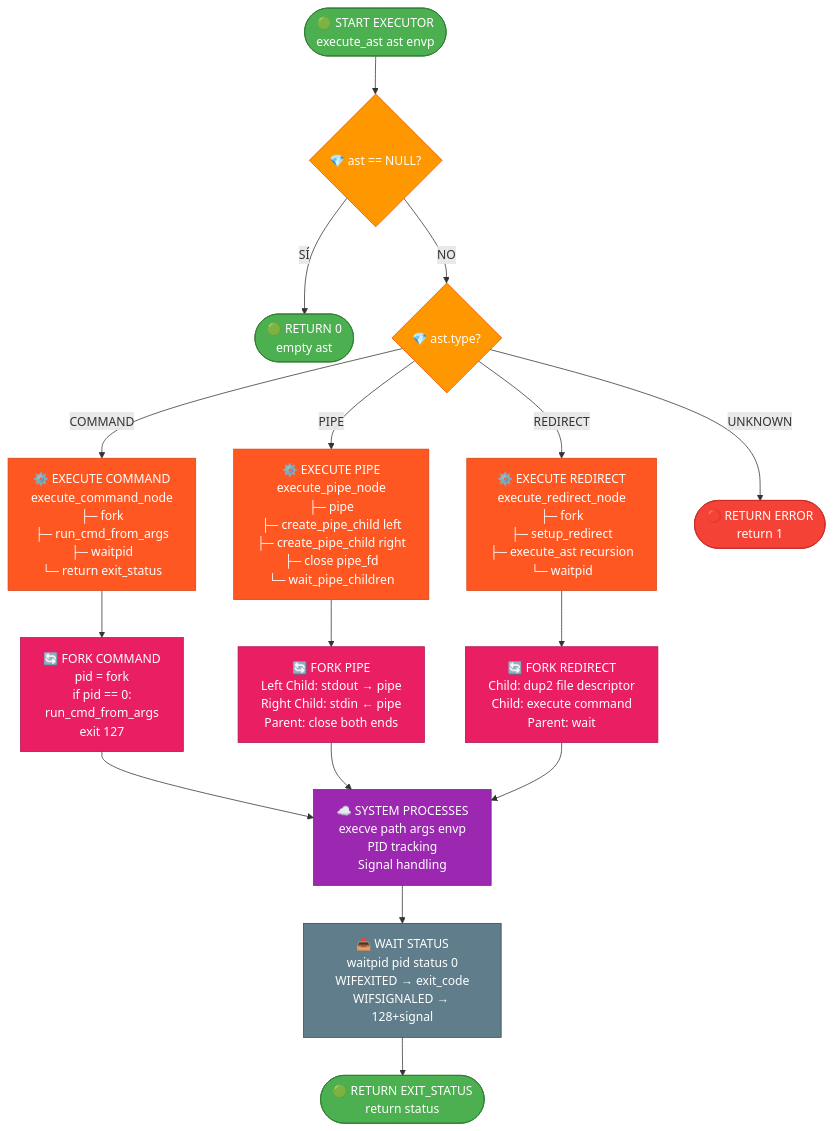
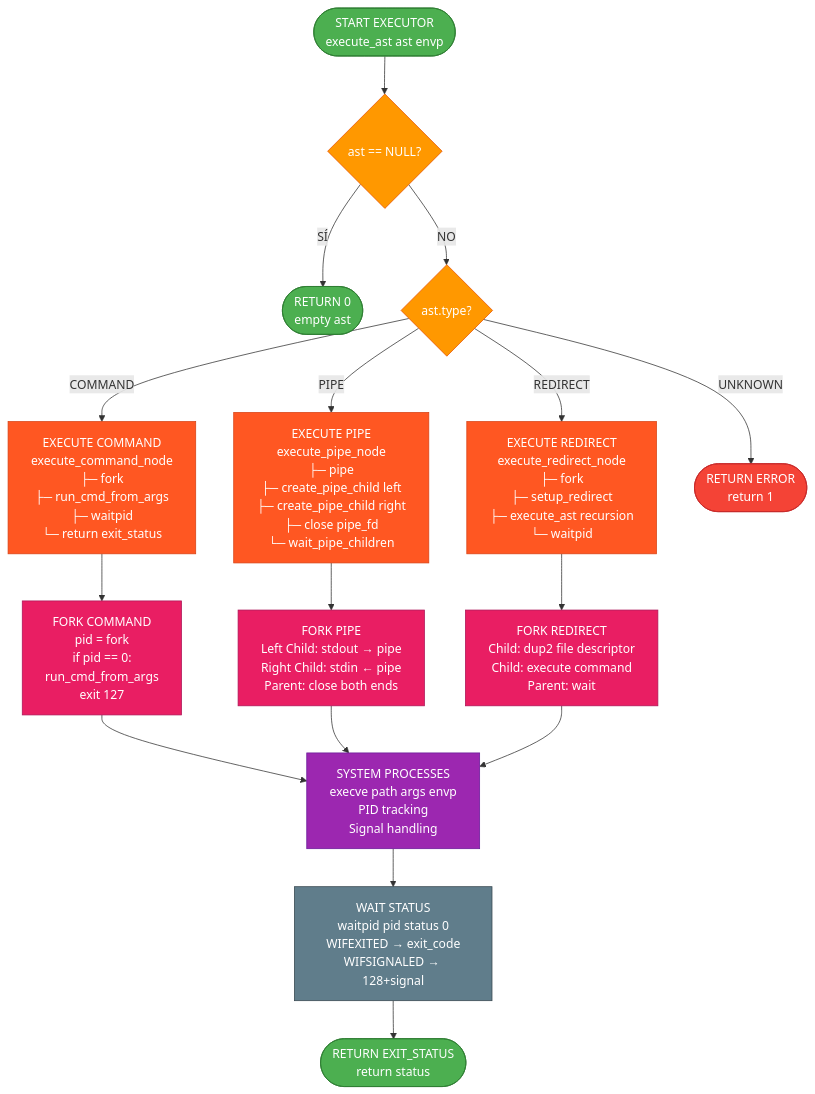
Before and after one commit to x65juan56x/minishell: the fourth of 4 diagrams in docs/FLOWCHARTS.md, drawn with Mermaid. The commit also changed other lines of this file, not shown here.

````diff
--- a/docs/FLOWCHARTS.md
+++ b/docs/FLOWCHARTS.md
@@ -220,75 +220,75 @@
 ```mermaid
 flowchart TD
-    EX_START([🟢 START EXECUTOR<br/>execute_ast ast envp])
-    EX_CHECK{💎 ast == NULL?}
-    EX_RETURN_0([🟢 RETURN 0<br/>empty ast])
+    EX_START([START EXECUTOR<br/>execute_ast ast envp])
+    EX_CHECK{ast == NULL?}
+    EX_RETURN_0([RETURN 0<br/>empty ast])
     
-    NODE_TYPE{💎 ast.type?}
+    NODE_TYPE{ast.type?}
     
     %% Tipos de nodos
-    EXEC_CMD[⚙️ EXECUTE COMMAND<br/>execute_command_node<br/>├─ fork<br/>├─ run_cmd_from_args<br/>├─ waitpid<br/>└─ return exit_status]
+    EXEC_CMD[EXECUTE COMMAND<br/>execute_command_node<br/>├─ fork<br/>├─ run_cmd_from_args<br/>├─ waitpid<br/>└─ return exit_status]
     
-    EXEC_PIPE[⚙️ EXECUTE PIPE<br/>execute_pipe_node<br/>├─ pipe<br/>├─ create_pipe_child left<br/>├─ create_pipe_child right<br/>├─ close pipe_fd<br/>└─ wait_pipe_children]
+    EXEC_PIPE[EXECUTE PIPE<br/>execute_pipe_node<br/>├─ pipe<br/>├─ create_pipe_child left<br/>├─ create_pipe_child right<br/>├─ close pipe_fd<br/>└─ wait_pipe_children]
     
-    EXEC_REDIR[⚙️ EXECUTE REDIRECT<br/>execute_redirect_node<br/>├─ fork<br/>├─ setup_redirect<br/>├─ execute_ast recursion<br/>└─ waitpid]
+    EXEC_REDIR[EXECUTE REDIRECT<br/>execute_redirect_node<br/>├─ fork<br/>├─ setup_redirect<br/>├─ execute_ast recursion<br/>└─ waitpid]
     
     %% Subprocesos
-    FORK_CMD[🔄 FORK COMMAND<br/>pid = fork<br/>if pid == 0:<br/>  run_cmd_from_args<br/>  exit 127]
+    FORK_CMD[FORK COMMAND<br/>pid = fork<br/>if pid == 0:<br/>  run_cmd_from_args<br/>  exit 127]
     
-    FORK_PIPE[🔄 FORK PIPE<br/>Left Child: stdout → pipe<br/>Right Child: stdin ← pipe<br/>Parent: close both ends]
+    FORK_PIPE[FORK PIPE<br/>Left Child: stdout → pipe<br/>Right Child: stdin ← pipe<br/>Parent: close both ends]
     
-    FORK_REDIR[🔄 FORK REDIRECT<br/>Child: dup2 file descriptor<br/>Child: execute command<br/>Parent: wait]
+    FORK_REDIR[FORK REDIRECT<br/>Child: dup2 file descriptor<br/>Child: execute command<br/>Parent: wait]
     
     %% Sistema
-    SYSTEM_PROC[☁️ SYSTEM PROCESSES<br/>execve path args envp<br/>PID tracking<br/>Signal handling]
+    SYSTEM_PROC[SYSTEM PROCESSES<br/>execve path args envp<br/>PID tracking<br/>Signal handling]
     
     %% Exit status
-    WAIT_STATUS[📤 WAIT STATUS<br/>waitpid pid status 0<br/>WIFEXITED → exit_code<br/>WIFSIGNALED → 128+signal]
+    WAIT_STATUS[WAIT STATUS<br/>waitpid pid status 0<br/>WIFEXITED → exit_code<br/>WIFSIGNALED → 128+signal]
     
-    EX_SUCCESS([🟢 RETURN EXIT_STATUS<br/>return status])
-    EX_ERROR([🔴 RETURN ERROR<br/>return 1])
+    EX_SUCCESS([RETURN EXIT_STATUS<br/>return status])
+    EX_ERROR([RETURN ERROR<br/>return 1])
     
     %% Flujo principal
     EX_START --> EX_CHECK
     EX_CHECK -->|SÍ| EX_RETURN_0
     EX_CHECK -->|NO| NODE_TYPE
     
     %% Dispatch por tipo
     NODE_TYPE -->|COMMAND| EXEC_CMD
     NODE_TYPE -->|PIPE| EXEC_PIPE  
     NODE_TYPE -->|REDIRECT| EXEC_REDIR
     NODE_TYPE -->|UNKNOWN| EX_ERROR
     
     %% Ejecución de comandos
     EXEC_CMD --> FORK_CMD
     FORK_CMD --> SYSTEM_PROC
     SYSTEM_PROC --> WAIT_STATUS
     
     %% Ejecución de pipes
     EXEC_PIPE --> FORK_PIPE
     FORK_PIPE --> SYSTEM_PROC
     
     %% Ejecución de redirects
     EXEC_REDIR --> FORK_REDIR
     FORK_REDIR --> SYSTEM_PROC
     
     %% Resultado final
     WAIT_STATUS --> EX_SUCCESS
     
     %% Estilos
     classDef startEnd fill:#4CAF50,stroke:#2E7D32,color:#fff
     classDef process fill:#FF5722,stroke:#D84315,color:#fff
     classDef decision fill:#FF9800,stroke:#E65100,color:#fff
     classDef error fill:#F44336,stroke:#C62828,color:#fff
     classDef subprocess fill:#E91E63,stroke:#AD1457,color:#fff
     classDef system fill:#9C27B0,stroke:#6A1B9A,color:#fff
     classDef status fill:#607D8B,stroke:#37474F,color:#fff
     
     class EX_START,EX_RETURN_0,EX_SUCCESS startEnd
     class EXEC_CMD,EXEC_PIPE,EXEC_REDIR process
     class EX_CHECK,NODE_TYPE decision
     class EX_ERROR error
     class FORK_CMD,FORK_PIPE,FORK_REDIR subprocess
     class SYSTEM_PROC system
     class WAIT_STATUS status
 ```
````
